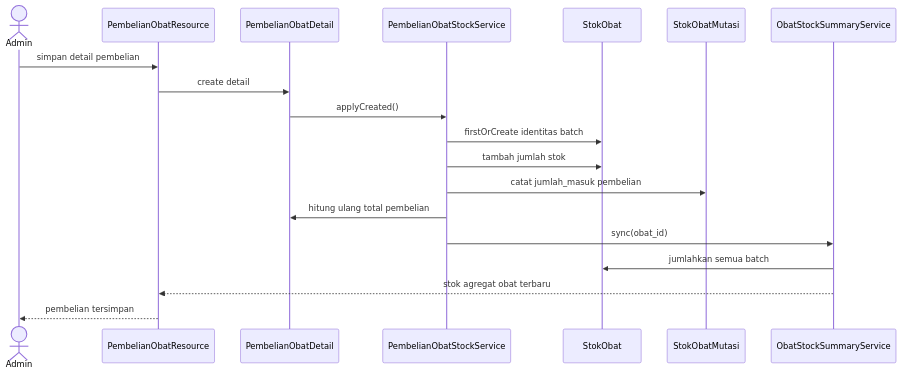
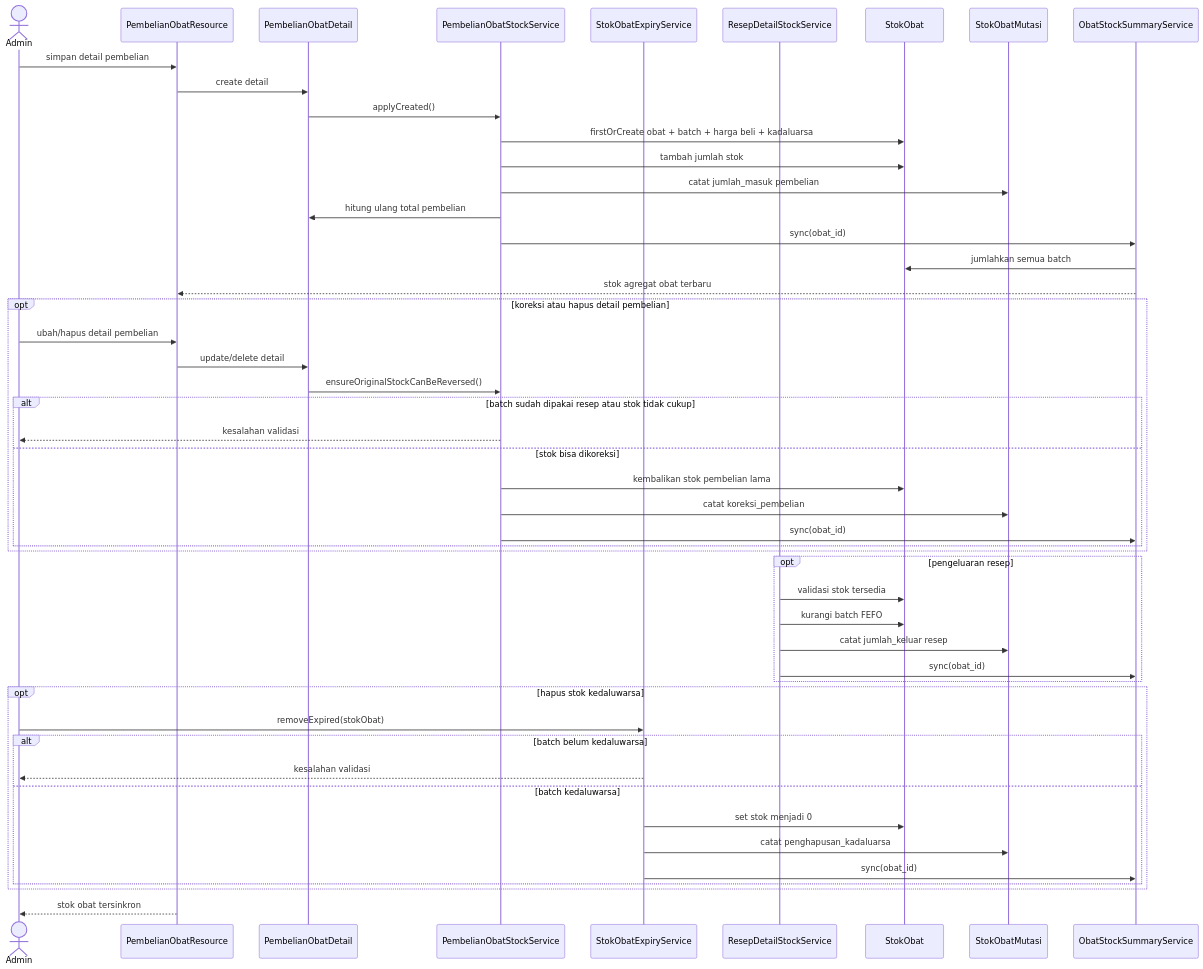
The sixth of 7 diagrams in dokumentasi/spesifikasi-proyek/sequence-diagrams.md (Faathir81/Sistem-Informasi-Klinik), drawn with Mermaid before and after one commit. The commit also changed other lines of this file and 4 other files, not shown here.

Commit message:
docs: align activity and sequence diagrams with implementation

````diff
--- a/dokumentasi/spesifikasi-proyek/sequence-diagrams.md
+++ b/dokumentasi/spesifikasi-proyek/sequence-diagrams.md
@@ -167,22 +202,56 @@
 ```mermaid
 sequenceDiagram
     actor Admin
     participant Resource as PembelianObatResource
-    participant Pembelian as PembelianObatDetail
-    participant Service as PembelianObatStockService
+    participant Detail as PembelianObatDetail
+    participant PurchaseStock as PembelianObatStockService
+    participant ExpiryStock as StokObatExpiryService
+    participant RecipeStock as ResepDetailStockService
     participant Stok as StokObat
     participant Mutasi as StokObatMutasi
     participant Ringkasan as ObatStockSummaryService
 
     Admin->>Resource: simpan detail pembelian
-    Resource->>Pembelian: create detail
-    Pembelian->>Service: applyCreated()
-    Service->>Stok: firstOrCreate identitas batch
-    Service->>Stok: tambah jumlah stok
-    Service->>Mutasi: catat jumlah_masuk pembelian
-    Service->>Pembelian: hitung ulang total pembelian
-    Service->>Ringkasan: sync(obat_id)
+    Resource->>Detail: create detail
+    Detail->>PurchaseStock: applyCreated()
+    PurchaseStock->>Stok: firstOrCreate obat + batch + harga beli + kadaluarsa
+    PurchaseStock->>Stok: tambah jumlah stok
+    PurchaseStock->>Mutasi: catat jumlah_masuk pembelian
+    PurchaseStock->>Detail: hitung ulang total pembelian
+    PurchaseStock->>Ringkasan: sync(obat_id)
     Ringkasan->>Stok: jumlahkan semua batch
     Ringkasan-->>Resource: stok agregat obat terbaru
-    Resource-->>Admin: pembelian tersimpan
+
+    opt koreksi atau hapus detail pembelian
+        Admin->>Resource: ubah/hapus detail pembelian
+        Resource->>Detail: update/delete detail
+        Detail->>PurchaseStock: ensureOriginalStockCanBeReversed()
+        alt batch sudah dipakai resep atau stok tidak cukup
+            PurchaseStock-->>Admin: kesalahan validasi
+        else stok bisa dikoreksi
+            PurchaseStock->>Stok: kembalikan stok pembelian lama
+            PurchaseStock->>Mutasi: catat koreksi_pembelian
+            PurchaseStock->>Ringkasan: sync(obat_id)
+        end
+    end
+
+    opt pengeluaran resep
+        RecipeStock->>Stok: validasi stok tersedia
+        RecipeStock->>Stok: kurangi batch FEFO
+        RecipeStock->>Mutasi: catat jumlah_keluar resep
+        RecipeStock->>Ringkasan: sync(obat_id)
+    end
+
+    opt hapus stok kedaluwarsa
+        Admin->>ExpiryStock: removeExpired(stokObat)
+        alt batch belum kedaluwarsa
+            ExpiryStock-->>Admin: kesalahan validasi
+        else batch kedaluwarsa
+            ExpiryStock->>Stok: set stok menjadi 0
+            ExpiryStock->>Mutasi: catat penghapusan_kadaluarsa
+            ExpiryStock->>Ringkasan: sync(obat_id)
+        end
+    end
+
+    Resource-->>Admin: stok obat tersinkron
 ```
````
